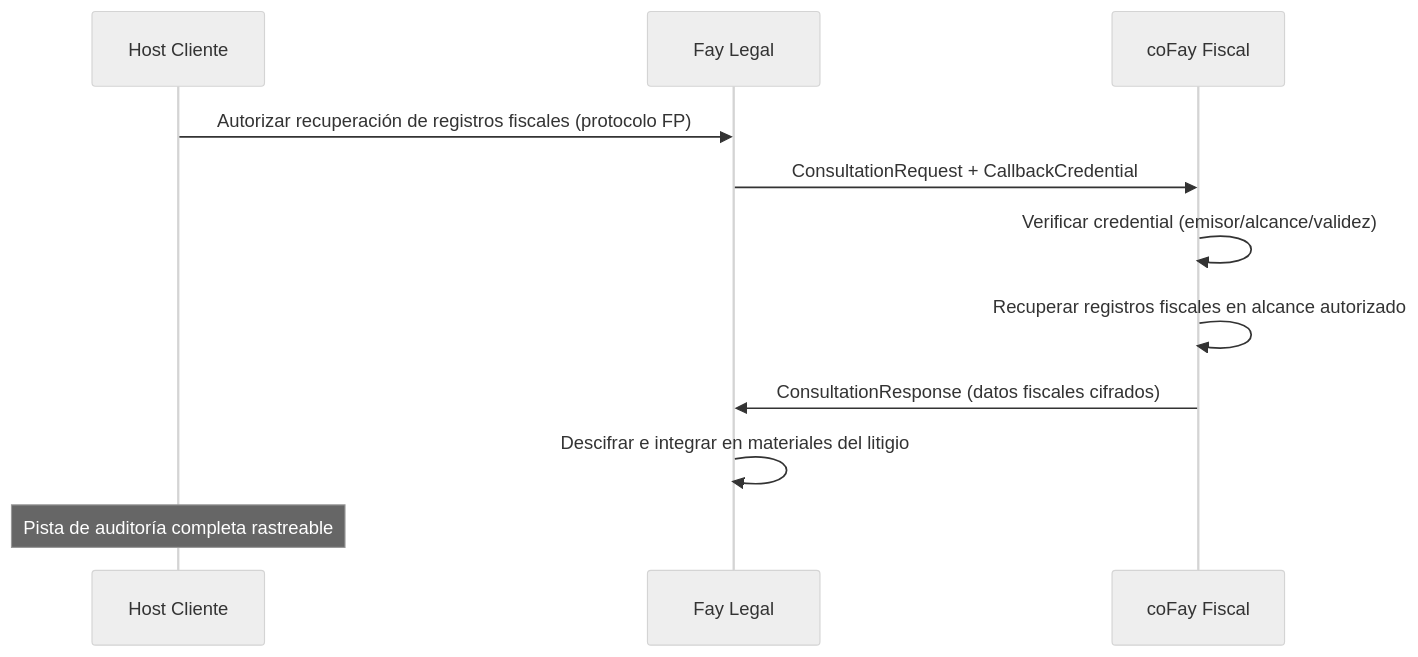
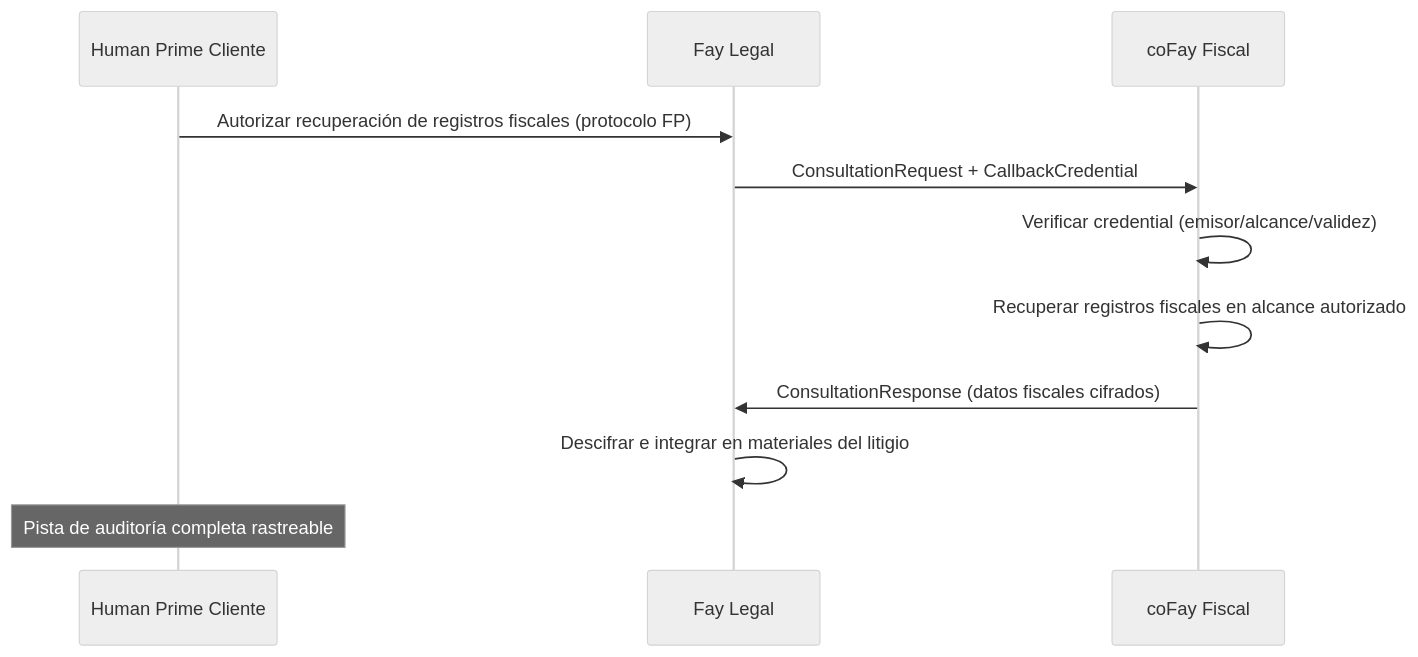
Before and after one commit to ChainModePilot/Telepathy-Protocol: the third of 5 diagrams in docs/es/blueprint/4-escenarios-de-aplicacion.md, drawn with Mermaid (neutral theme). The commit also changed other lines of this file and 68 other files, not shown here.

First line of the commit message:
Use 'Human Prime' instead of 'Host' in blueprints

````diff
--- a/docs/es/blueprint/4-escenarios-de-aplicacion.md
+++ b/docs/es/blueprint/4-escenarios-de-aplicacion.md
@@ -84,14 +84,14 @@
 ```mermaid
 sequenceDiagram
-    participant C as Host Cliente
+    participant C as Human Prime Cliente
     participant LF as Fay Legal
     participant TF as coFay Fiscal
 
     C->>LF: Autorizar recuperación de registros fiscales (protocolo FP)
     LF->>TF: ConsultationRequest + CallbackCredential
     TF->>TF: Verificar credential (emisor/alcance/validez)
     TF->>TF: Recuperar registros fiscales en alcance autorizado
     TF->>LF: ConsultationResponse (datos fiscales cifrados)
     LF->>LF: Descifrar e integrar en materiales del litigio
     Note over C: Pista de auditoría completa rastreable
 ```
````
